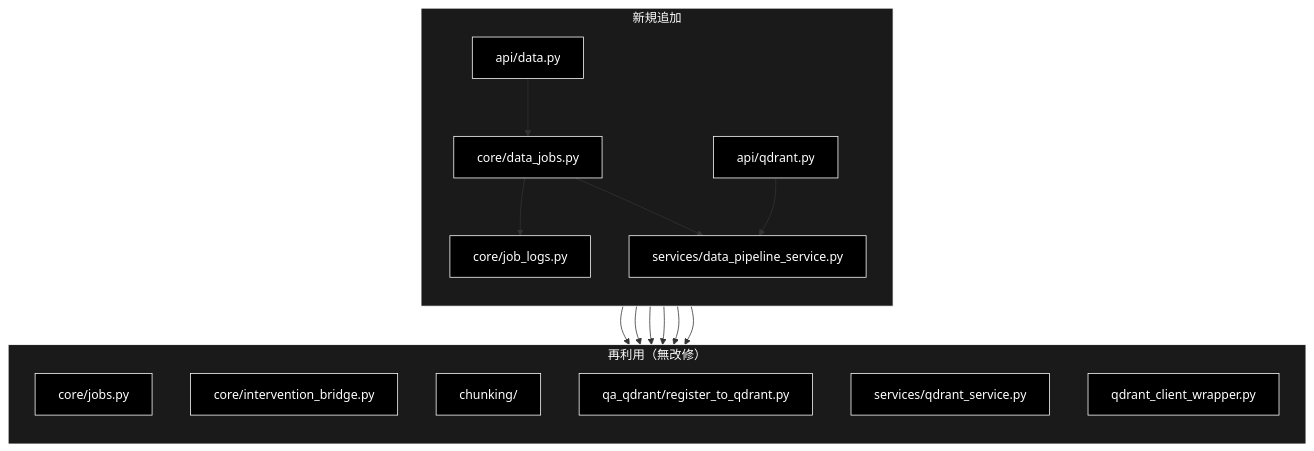
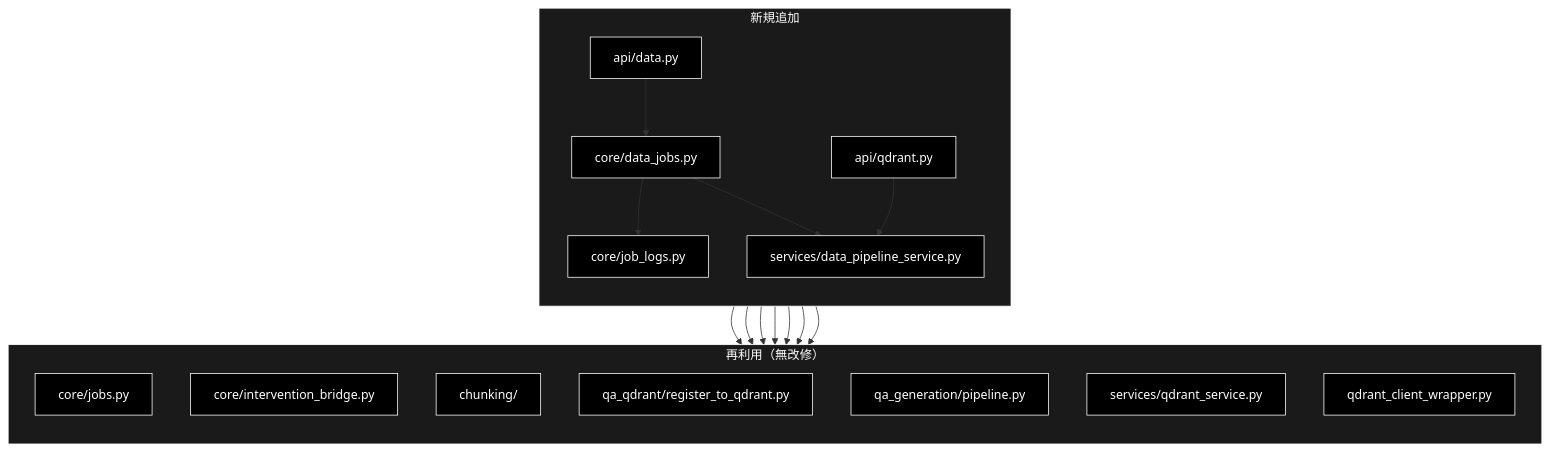
Before and after one commit to nakashima2toshio/grace_v2_local: the fourth of 4 diagrams in backend/docs/data_pipeline.md, drawn with Mermaid. The commit also changed other lines of this file and 22 other files, not shown here.

````diff
--- a/backend/docs/data_pipeline.md
+++ b/backend/docs/data_pipeline.md
@@ -499,35 +592,37 @@
 ```mermaid
 flowchart TB
     subgraph NEW["新規追加"]
         direction TB
         N1["api/qdrant.py"]
         N2["api/data.py"]
         N3["core/data_jobs.py"]
         N4["core/job_logs.py"]
         N5["services/data_pipeline_service.py"]
     end
     subgraph REUSE["再利用（無改修）"]
         direction TB
         R1["core/jobs.py"]
         R2["core/intervention_bridge.py"]
         R3["chunking/"]
         R4["qa_qdrant/register_to_qdrant.py"]
+        R7["qa_generation/pipeline.py"]
         R5["services/qdrant_service.py"]
         R6["qdrant_client_wrapper.py"]
     end
     N2 --> N3
     N3 --> N4
     N3 --> R1
     N3 --> R2
     N3 --> N5
     N3 --> R4
     N1 --> N5
     N5 --> R3
+    N5 --> R7
     N5 --> R5
     N5 --> R6
 classDef default fill:#000,stroke:#fff,color:#fff
 classDef subgraphStyle fill:#1a1a1a,stroke:#fff,color:#fff
-class N1,N2,N3,N4,N5,R1,R2,R3,R4,R5,R6 default
+class N1,N2,N3,N4,N5,R1,R2,R3,R4,R5,R6,R7 default
 style NEW fill:#1a1a1a,stroke:#fff,color:#fff
 style REUSE fill:#1a1a1a,stroke:#fff,color:#fff
 ```
````
